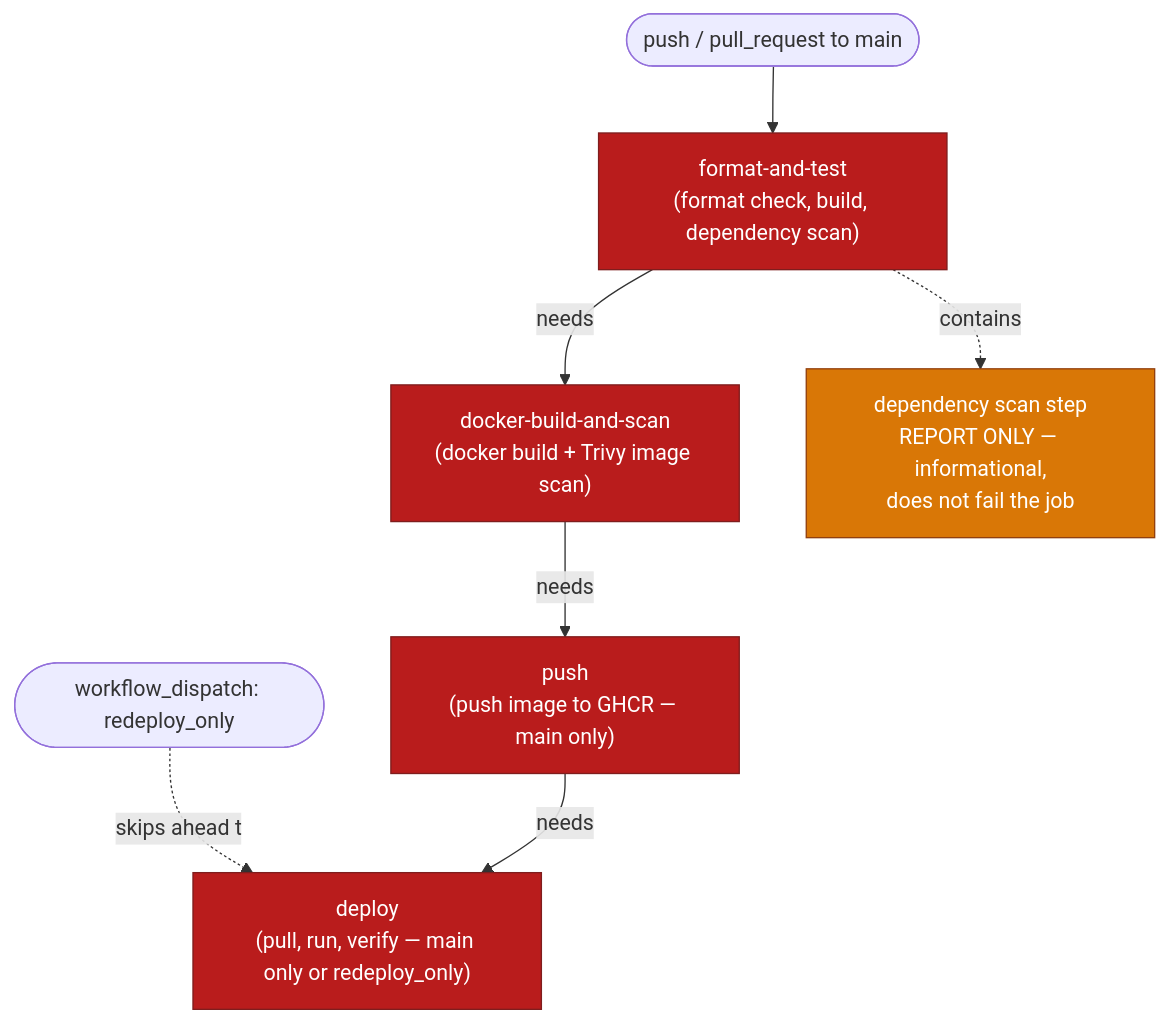
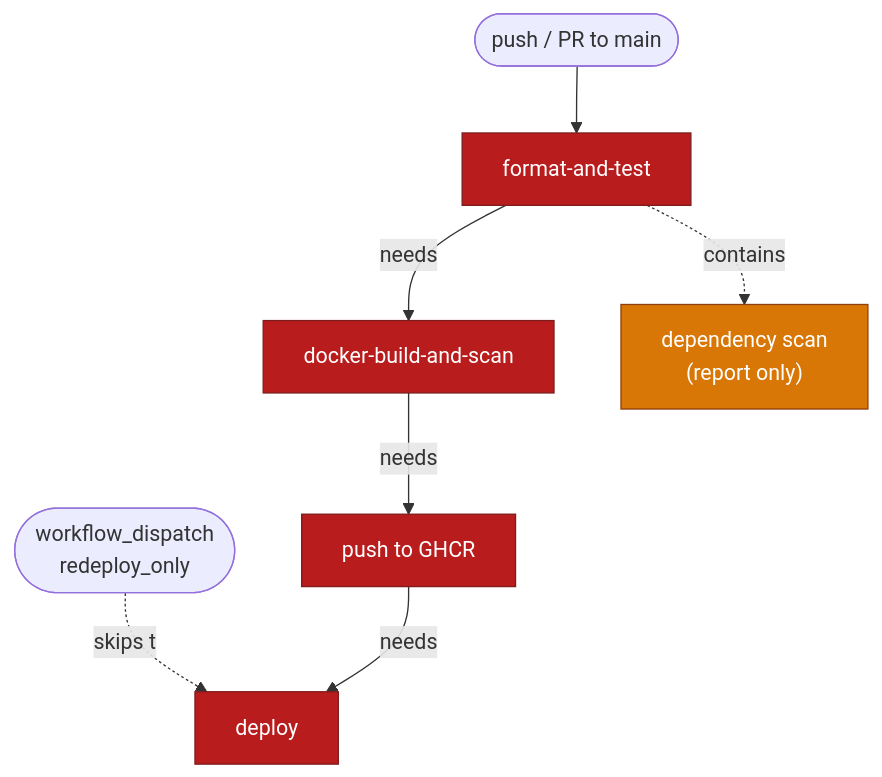
Before and after one commit to jvansyoc/tl-test: the diagram in pipeline-diagram.md, drawn with Mermaid. The commit also changed other lines of this file, not shown here.

Commit message:
updated pipeline diagram

````diff
--- a/pipeline-diagram.md
+++ b/pipeline-diagram.md
@@ -3,19 +1,19 @@
 ```mermaid
 flowchart TD
-    T1(["push / pull_request to main"]) --> A
-    T2(["workflow_dispatch: redeploy_only"]) -.skips ahead to.-> D
+    T1(["push / PR to main"]) --> A
+    T2(["workflow_dispatch<br/>redeploy_only"]) -.skips to.-> D
 
-    A["format-and-test<br/>(format check, build, dependency scan)"]:::gate
-    B["docker-build-and-scan<br/>(docker build + Trivy image scan)"]:::gate
-    C["push<br/>(push image to GHCR — main only)"]:::gate
-    D["deploy<br/>(pull, run, verify — main only or redeploy_only)"]:::gate
-    R["dependency scan step<br/>REPORT ONLY — informational,<br/>does not fail the job"]:::report
+    A["format-and-test"]:::gate
+    B["docker-build-and-scan"]:::gate
+    C["push to GHCR"]:::gate
+    D["deploy"]:::gate
+    R["dependency scan<br/>(report only)"]:::report
 
     A -->|needs| B
     B -->|needs| C
     C -->|needs| D
     A -.contains.-> R
 
     classDef gate fill:#b91c1c,stroke:#7f1d1d,color:#fff
     classDef report fill:#d97706,stroke:#92400e,color:#fff
 ```
````
